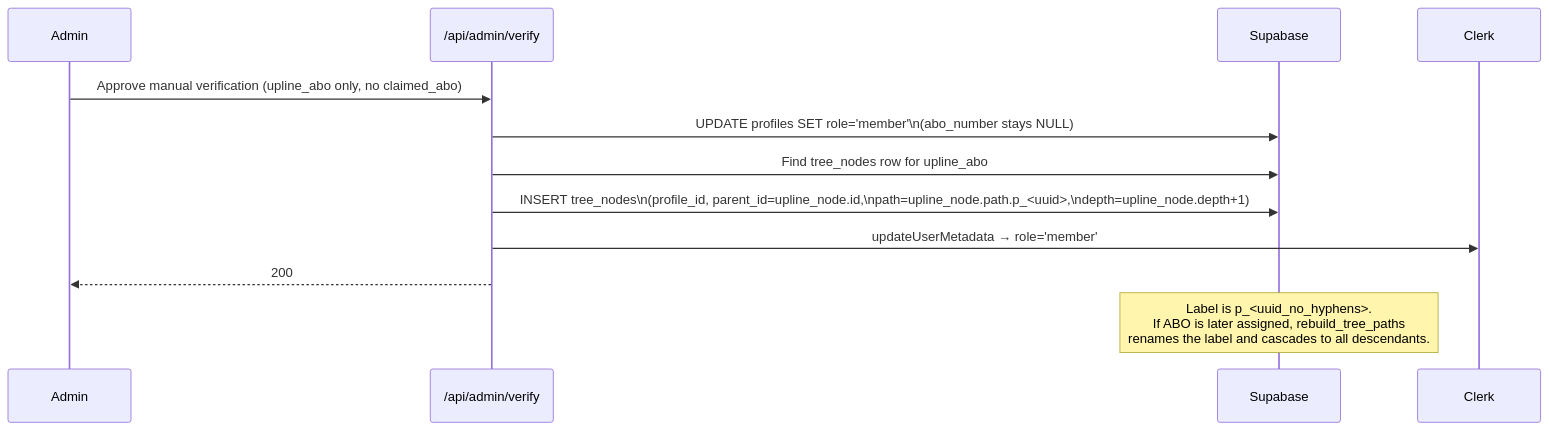
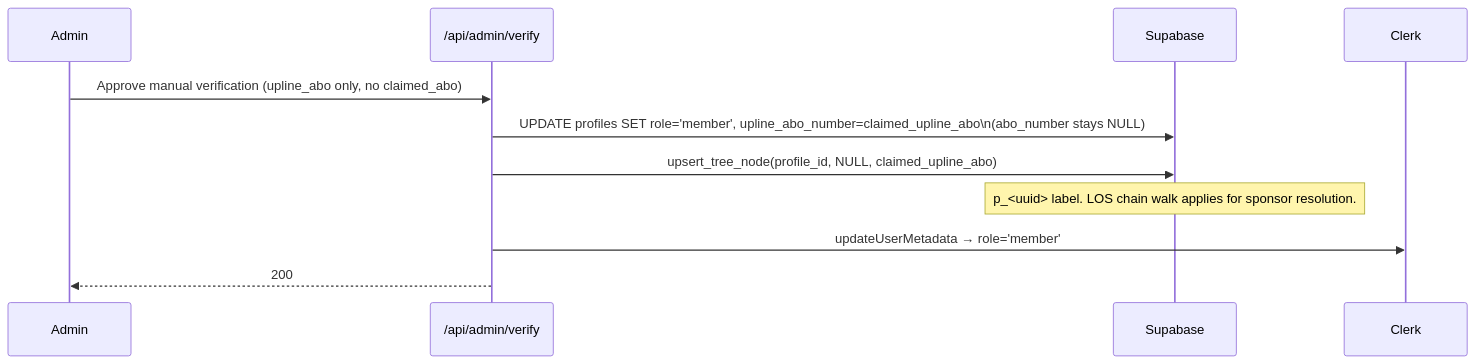
One commit to teamenjoyvd/tevd-portal changed diagram 12 of 17 in docs/architecture/FLOWS.md. Above: the diagram before and after it, drawn with Mermaid. The commit also changed other lines of this file and 2 other files, not shown here.

Commit message:
[2605-BUG-282] Update FLOWS.md §4, REF.md §6, LOOKUP.md §3 for LOS-authoritative verification

````diff
--- a/docs/architecture/FLOWS.md
+++ b/docs/architecture/FLOWS.md
@@ -234,15 +303,13 @@
 ```mermaid
 sequenceDiagram
     participant A as Admin
     participant R as /api/admin/verify
     participant S as Supabase
 
     A->>R: Approve manual verification (upline_abo only, no claimed_abo)
-    R->>S: UPDATE profiles SET role='member'\n(abo_number stays NULL)
-    R->>S: Find tree_nodes row for upline_abo
-    R->>S: INSERT tree_nodes\n(profile_id, parent_id=upline_node.id,\npath=upline_node.path.p_<uuid>,\ndepth=upline_node.depth+1)
+    R->>S: UPDATE profiles SET role='member', upline_abo_number=claimed_upline_abo\n(abo_number stays NULL)
+    R->>S: upsert_tree_node(profile_id, NULL, claimed_upline_abo)
+    Note over S: p_<uuid> label. LOS chain walk applies for sponsor resolution.
     R->>Clerk: updateUserMetadata → role='member'
     R-->>A: 200
-
-    Note over S: Label is p_<uuid_no_hyphens>.<br/>If ABO is later assigned, rebuild_tree_paths<br/>renames the label and cascades to all descendants.
 ```
````
